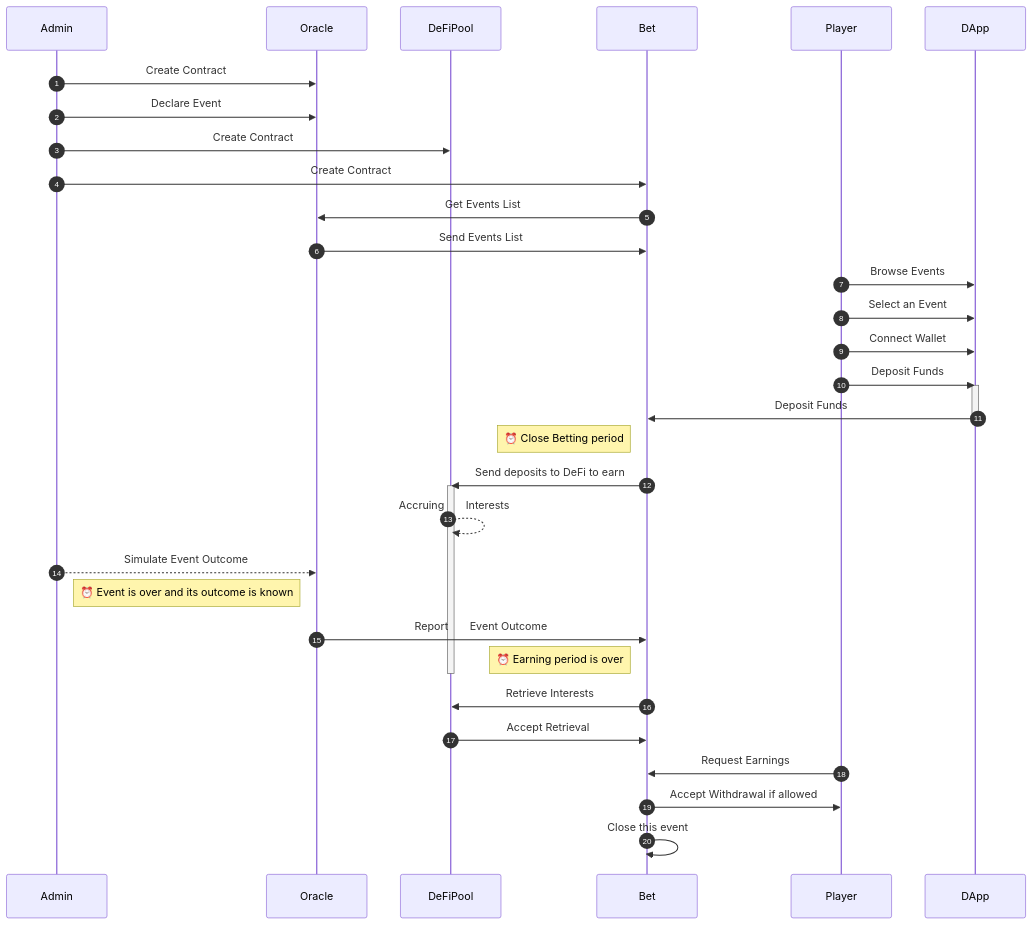
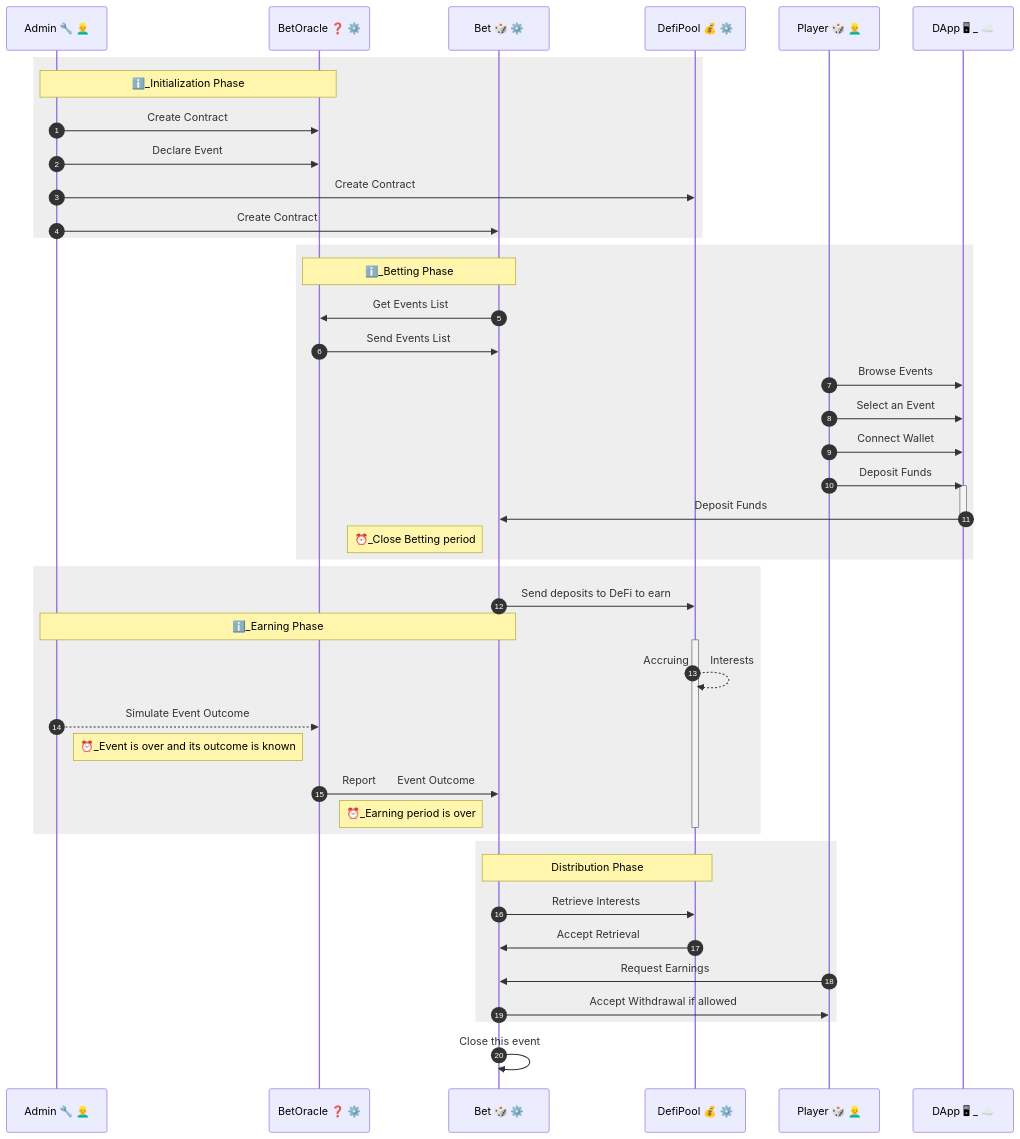
One commit to soft2dev/betting-dapp changed the diagram in README.md. Above: the diagram before and after it, drawn with Mermaid. The commit also changed other lines of this file, not shown here.

Commit message:
README: Update Interactions Diagram
Group interactions by phases:
      Initialization, Betting,Earning, Distribution

Add emoticons to each participant.

````diff
--- a/README.md
+++ b/README.md
@@ -76,37 +78,58 @@
 ```mermaid
 sequenceDiagram autonumber
-    Admin->>Oracle: Create Contract
-    Admin->>Oracle: Declare Event
-    Admin->>DeFiPool: Create Contract
-    Admin->>Bet:  Create Contract
+    participant admin  as Admin 🔧 👱‍♂️
+    participant oracle as BetOracle ❓ ⚙️ 
+    participant bet    as Bet 🎲 ⚙️
+    participant defi   as DefiPool 💰 ⚙️
+    participant player as Player 🎲 👱‍♂️
+    participant dapp   as DApp 🖥 _ ☁️
     
-    Bet->>Oracle:  Get Events List
-    Oracle->>Bet: Send Events List
-    Player->>DApp: Browse Events
-    Player->>DApp: Select an Event
-    Player->>DApp: Connect Wallet
-    
-    Player->>DApp: Deposit Funds
-    activate DApp
-    DApp->>Bet: Deposit Funds
-    deactivate DApp
-    
-    Note left of Bet: ⏰ Close Betting period
-    Bet->>DeFiPool: Send deposits to DeFi to earn
-    activate DeFiPool
-    DeFiPool-->>DeFiPool: Accruing    Interests    
+    rect rgb(238, 238, 238)
+        Note over admin,oracle: ℹ️_Initialization Phase
+        admin->>oracle: Create Contract
+        admin->>oracle: Declare Event
+        admin->>defi: Create Contract
+        admin->>bet:  Create Contract
+    end
 
-    Admin-->>Oracle: Simulate Event Outcome
-    Note left of Oracle: ⏰ Event is over and its outcome is known
-    Oracle->>Bet: Report    Event Outcome 
-    
-    Note left of Bet: ⏰ Earning period is over
-    deactivate DeFiPool
-    Bet->>DeFiPool: Retrieve Interests
-    DeFiPool->>Bet: Accept Retrieval
+    rect rgb(238, 238, 238)
+        Note over bet,oracle: ℹ️_Betting Phase
+        bet->>oracle:  Get Events List
+        oracle->>bet: Send Events List
+        player->>dapp: Browse Events
+        player->>dapp: Select an Event
+        player->>dapp: Connect Wallet
 
-    Player->>Bet: Request Earnings
-    Bet->>Player: Accept Withdrawal if allowed
-    
-    Bet->>Bet: Close this event 
+        player->>dapp: Deposit Funds
+        activate dapp
+        dapp->>bet: Deposit Funds
+        deactivate dapp
+
+        Note left of bet: ⏰_Close Betting period
+    end
+
+    rect rgb(238, 238, 238)
+        bet->>defi: Send deposits to DeFi to earn
+        Note over admin,bet: ℹ️_Earning Phase
+        activate defi
+        defi-->>defi: Accruing    Interests    
+
+        admin-->>oracle: Simulate Event Outcome
+        Note left of oracle: ⏰_Event is over and its outcome is known
+        oracle->>bet: Report    Event Outcome 
+
+        Note left of bet: ⏰_Earning period is over
+        deactivate defi
+    end
+
+    rect rgb(238, 238, 238)
+        Note over bet,defi: Distribution Phase
+        bet->>defi: Retrieve Interests
+        defi->>bet: Accept Retrieval
+
+        player->>bet: Request Earnings
+        bet->>player: Accept Withdrawal if allowed
+    end
+
+    bet->>bet: Close this event 
 ```
````
